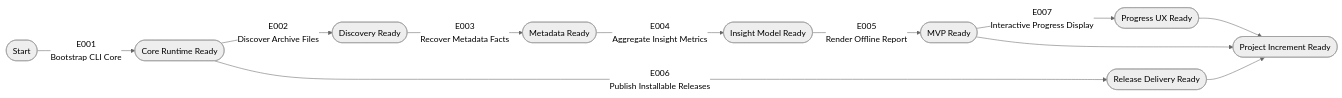
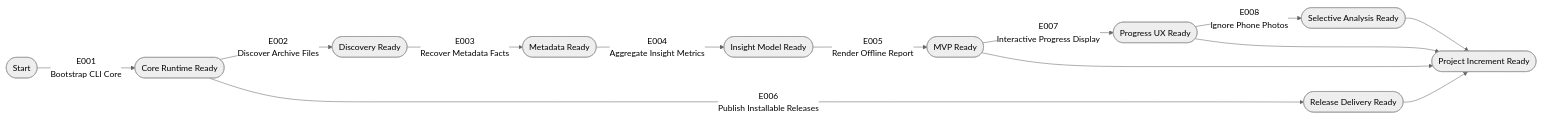
The diagram in specs/project-plan.md (attilaszasz/focalytics), drawn with Mermaid (neutral theme) before and after one commit. The commit also changed other lines of this file, not shown here.

````diff
--- a/specs/project-plan.md
+++ b/specs/project-plan.md
@@ -53,13 +59,15 @@
 ```mermaid
 graph LR
     M0([Start]) -->|E001<br>Bootstrap CLI Core| M1([Core Runtime Ready])
     M1 -->|E002<br>Discover Archive Files| M2([Discovery Ready])
     M1 -->|E006<br>Publish Installable Releases| M6([Release Delivery Ready])
     M2 -->|E003<br>Recover Metadata Facts| M3([Metadata Ready])
     M3 -->|E004<br>Aggregate Insight Metrics| M4([Insight Model Ready])
     M4 -->|E005<br>Render Offline Report| M5([MVP Ready])
     M5 -->|E007<br>Interactive Progress Display| M8([Progress UX Ready])
+  M8 -->|E008<br>Ignore Phone Photos| M9([Selective Analysis Ready])
     M5 --> M7([Project Increment Ready])
     M6 --> M7
     M8 --> M7
+  M9 --> M7
 ```
````
